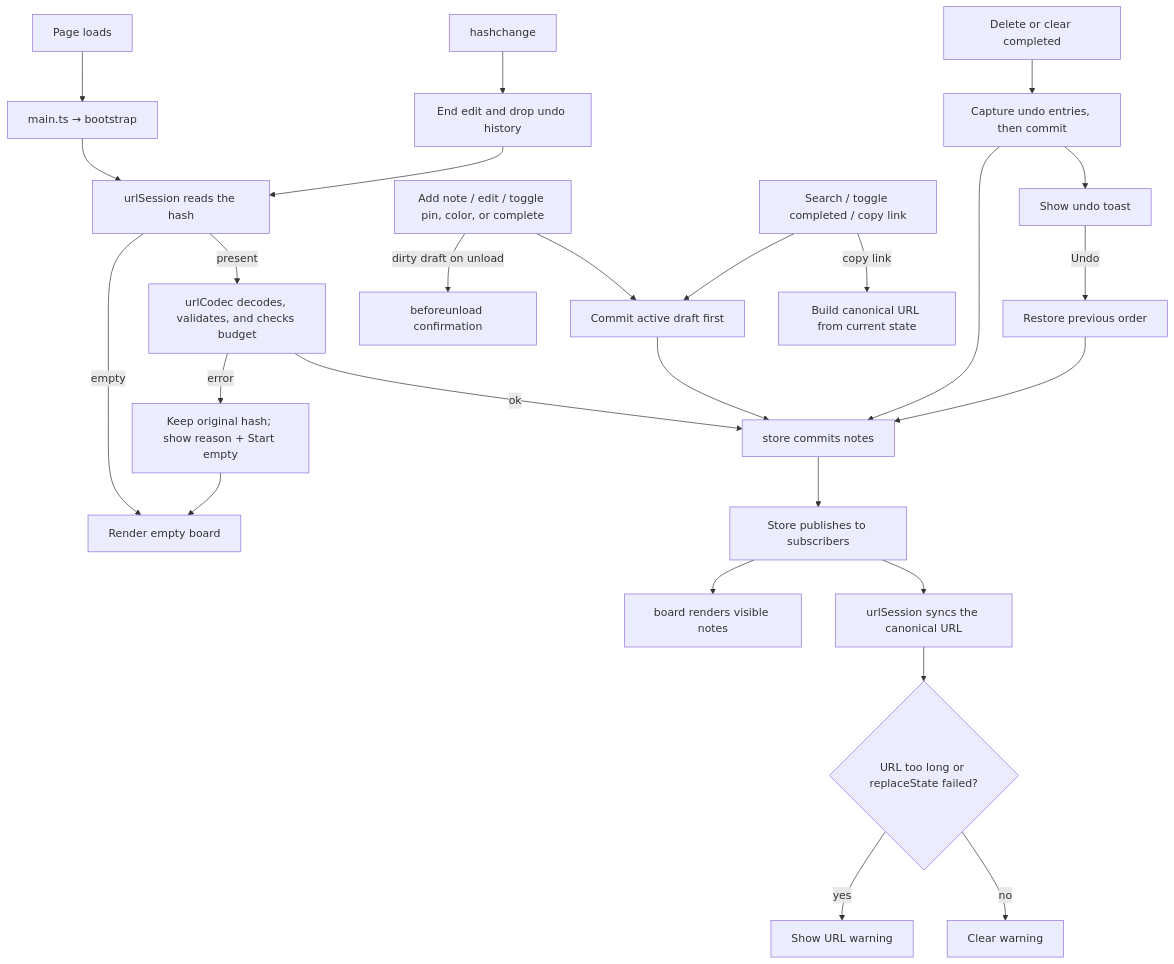
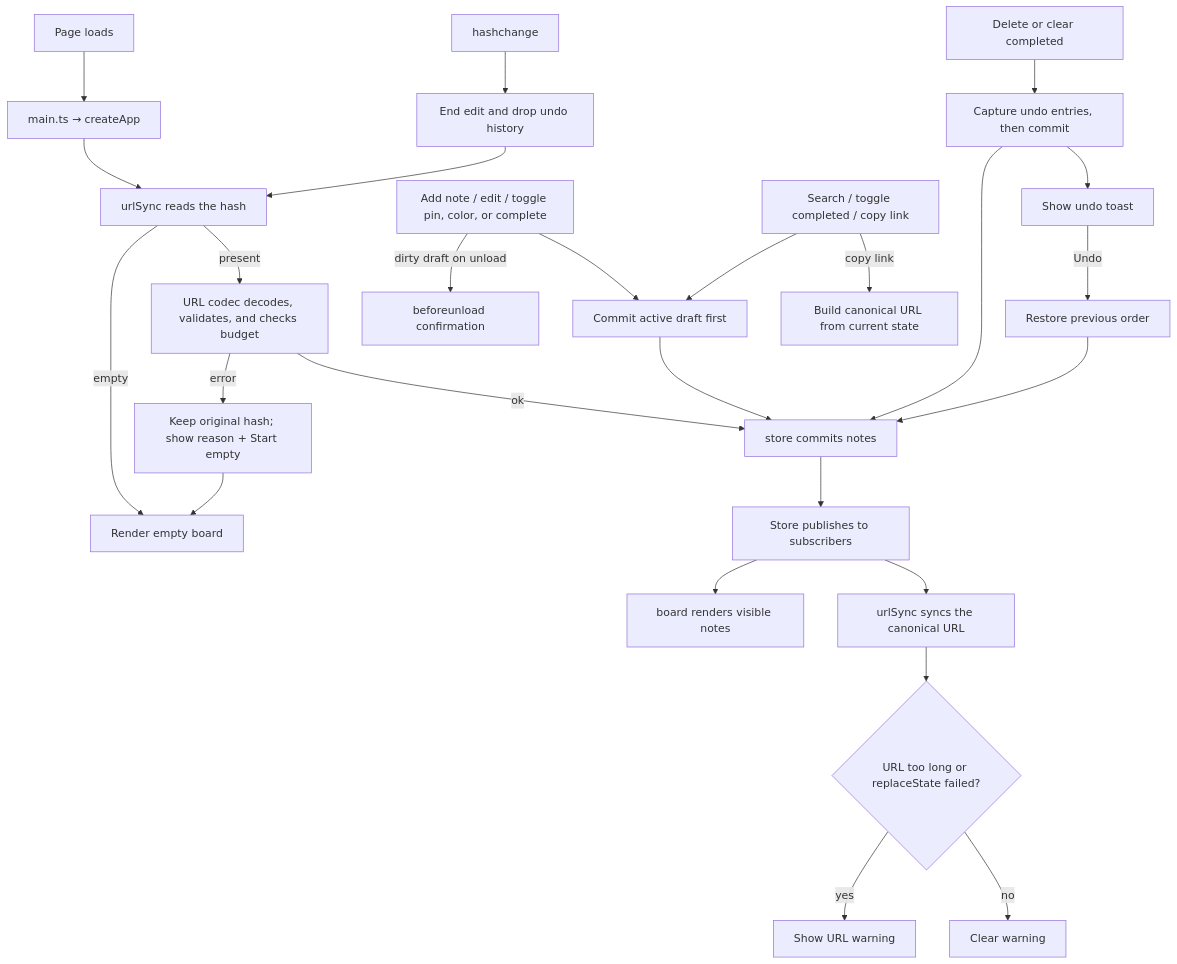
The diagram in APP_FLOW.md (hiimalexjgarcia/base64-encoded-state-test), drawn with Mermaid before and after one commit. The commit also changed other lines of this file and 33 other files, not shown here.

````diff
--- a/APP_FLOW.md
+++ b/APP_FLOW.md
@@ -3,34 +3,34 @@
 ```mermaid
 graph TD
-    A[Page loads] --> B[main.ts → bootstrap]
-    B --> C[urlSession reads the hash]
+    A[Page loads] --> B[main.ts → createApp]
+    B --> C[urlSync reads the hash]
     C -->|empty| D[Render empty board]
-    C -->|present| E[urlCodec decodes, validates, and checks budget]
+    C -->|present| E[URL codec decodes, validates, and checks budget]
 
     E -->|error| F[Keep original hash; show reason + Start empty]
     F --> D
     E -->|ok| G[store commits notes]
 
     G --> H[Store publishes to subscribers]
     H --> I[board renders visible notes]
-    H --> J[urlSession syncs the canonical URL]
+    H --> J[urlSync syncs the canonical URL]
     J --> K{URL too long or replaceState failed?}
     K -->|yes| L[Show URL warning]
     K -->|no| M[Clear warning]
 
     N[Add note / edit / toggle pin, color, or complete] --> O[Commit active draft first]
     O --> G
     N -->|dirty draft on unload| P[beforeunload confirmation]
 
     Q[Delete or clear completed] --> R[Capture undo entries, then commit]
     R --> G
     R --> S[Show undo toast]
     S -->|Undo| T[Restore previous order]
     T --> G
 
     U[Search / toggle completed / copy link] --> O
     U -->|copy link| V[Build canonical URL from current state]
 
     W[hashchange] --> X[End edit and drop undo history]
     X --> C
 ```
````
